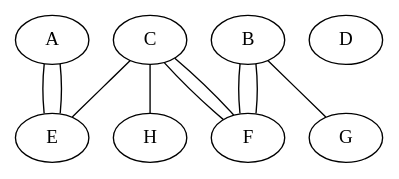
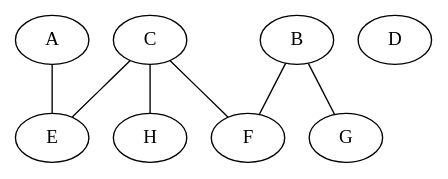
Before and after one commit to ctkawa/iegbuah: the diagram in grafo2.dot, drawn with Graphviz. The commit also changed 1 other file, not shown here.

```diff
--- a/grafo2.dot
+++ b/grafo2.dot
@@ -1,17 +1,17 @@
 graph G {
 	subgraph X {
 		A; B; C; D;
 	};
 
 	subgraph Y {
 		E; F; G; H;
 	};
 
 	subgraph M {
-		A--E; B--F; C--F;
+		
 	};
 	
 	A; B; C; D; E; F; G; H;
 	A--E; B--F; C--F; B--G; C--E; C--H;
 	
 }
```
